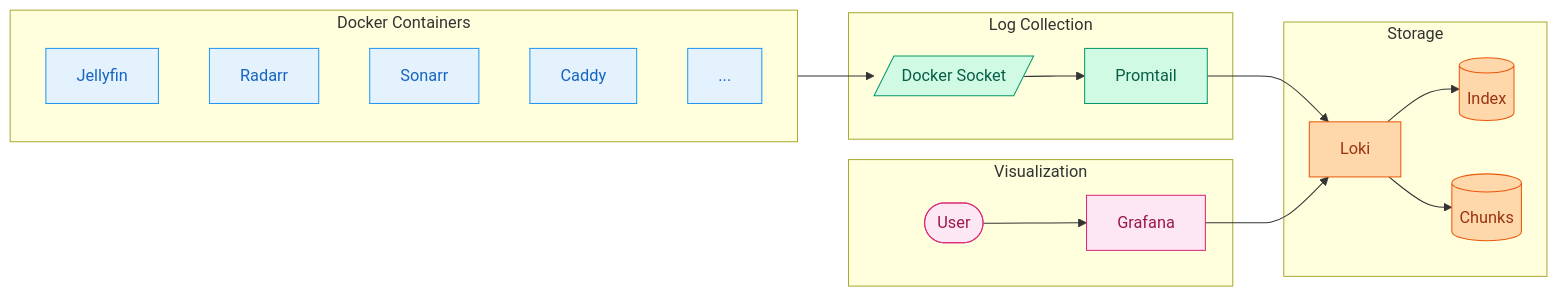
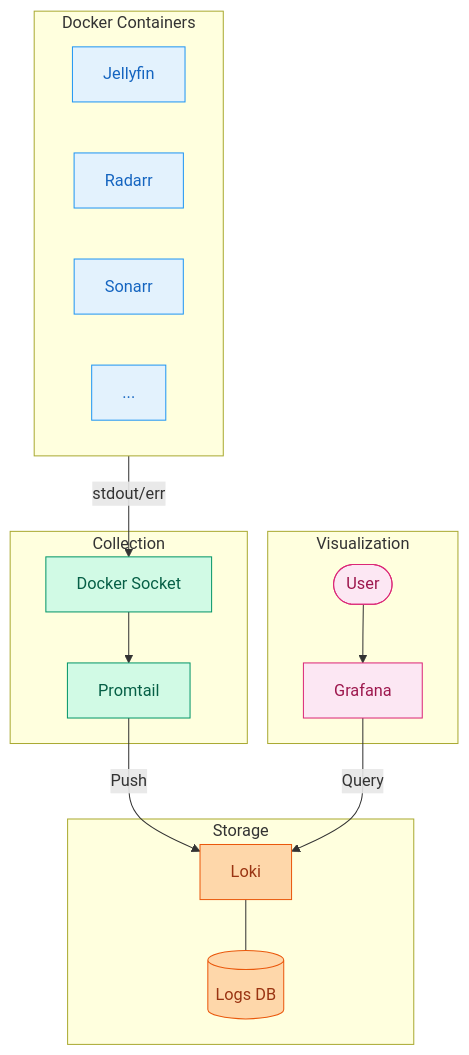
Before and after one commit to Mykyta-Home-Server/homeserver: the first of 3 diagrams in docs-site/src/content/docs/guides/monitoring.mdx, drawn with Mermaid. The commit also changed other lines of this file and 2 other files, not shown here.

Commit message:
Redesign all Mermaid diagrams: square layouts with compact labels
Applied square grid principle (2x2, 3x3) across all diagrams:

**introduction.mdx:**
- Media Automation: 3x3 grid (9 services), clear flow with short labels
- Authentication: Vertical 2x2 flow, numbered steps
- Docker Networks: 2x2 subgraphs with thick arrows to groups

**ldap.mdx:**
- Auth Architecture: 2x3 layout, condensed *arr stack, groups not individual services
- Directory Structure: 3x3 tree, clean hierarchy with member labels
- Auth Flow: 2x2 circular flow, numbered steps
- Access Control: 1x3 horizontal, simplified service grouping

**monitoring.mdx:**
- Logging Architecture: 2x2 grid (4 subgraphs), condensed components
- Log Flow: Linear 6-step, numbered pipeline
- Labels: 2x4 grid with mapping labels

Key improvements:
- No element connects to >2 other elements across rows
- Labels fit properly (shortened or used line breaks)
- Square layouts maximize space efficiency
- Grouped related services to reduce arrow complexity

🤖 Generated with [Claude Code](https://claude.com/claude-code)

````diff
--- a/docs-site/src/content/docs/guides/monitoring.mdx
+++ b/docs-site/src/content/docs/guides/monitoring.mdx
@@ -12,44 +12,41 @@
 ```mermaid
-flowchart LR
-    subgraph Containers[Docker Containers]
+flowchart TB
+    subgraph containers[Docker Containers]
         C1[Jellyfin]
         C2[Radarr]
         C3[Sonarr]
-        C4[Caddy]
-        C5[...]
+        C4[...]
     end
 
-    subgraph Collection[Log Collection]
-        Socket[/Docker Socket/]
+    subgraph collection[Collection]
+        Socket[Docker Socket]
         Promtail[Promtail]
     end
 
-    subgraph Storage[Storage]
+    subgraph storage[Storage]
         Loki[Loki]
-        Index[(Index)]
-        Chunks[(Chunks)]
+        Data[(Logs DB)]
     end
 
-    subgraph Viz[Visualization]
+    subgraph viz[Visualization]
         Grafana[Grafana]
         User([User])
     end
 
-    Containers --> Socket
+    containers -->|stdout/err| Socket
     Socket --> Promtail
-    Promtail --> Loki
-    Loki --> Index
-    Loki --> Chunks
+    Promtail -->|Push| Loki
+    Loki --- Data
     User --> Grafana
-    Grafana --> Loki
+    Grafana -->|Query| Loki
 
-    classDef containers fill:#e3f2fd,stroke:#2196f3,color:#1565c0
-    classDef collection fill:#d1fae5,stroke:#059669,color:#065f46
-    classDef storage fill:#fed7aa,stroke:#ea580c,color:#9a3412
-    classDef viz fill:#fce7f3,stroke:#db2777,color:#9d174d
+    classDef containerStyle fill:#e3f2fd,stroke:#2196f3,color:#1565c0
+    classDef collectionStyle fill:#d1fae5,stroke:#059669,color:#065f46
+    classDef storageStyle fill:#fed7aa,stroke:#ea580c,color:#9a3412
+    classDef vizStyle fill:#fce7f3,stroke:#db2777,color:#9d174d
 
-    class C1,C2,C3,C4,C5 containers
-    class Socket,Promtail collection
-    class Loki,Index,Chunks storage
-    class Grafana,User viz
+    class C1,C2,C3,C4 containerStyle
+    class Socket,Promtail collectionStyle
+    class Loki,Data storageStyle
+    class Grafana,User vizStyle
 ```
````
